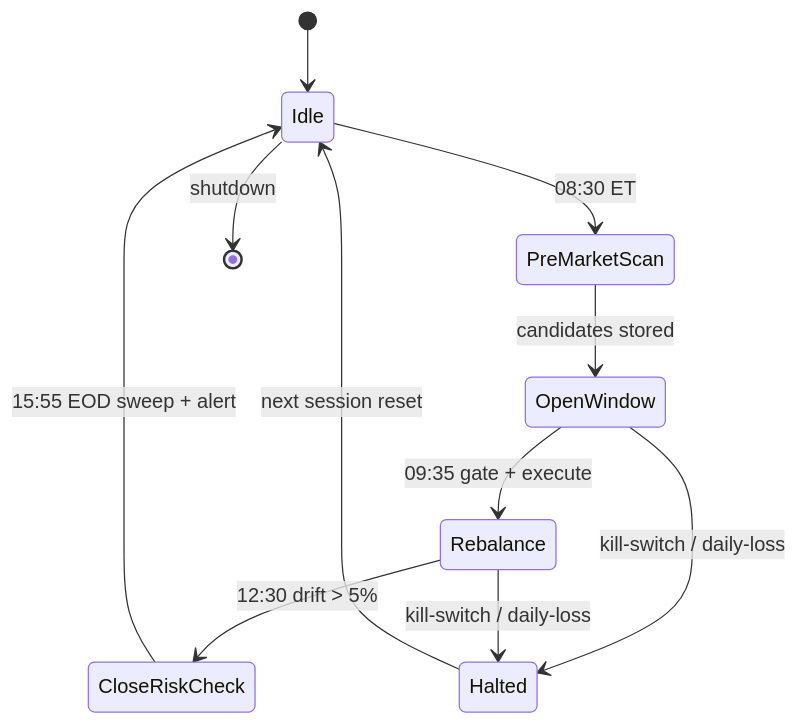
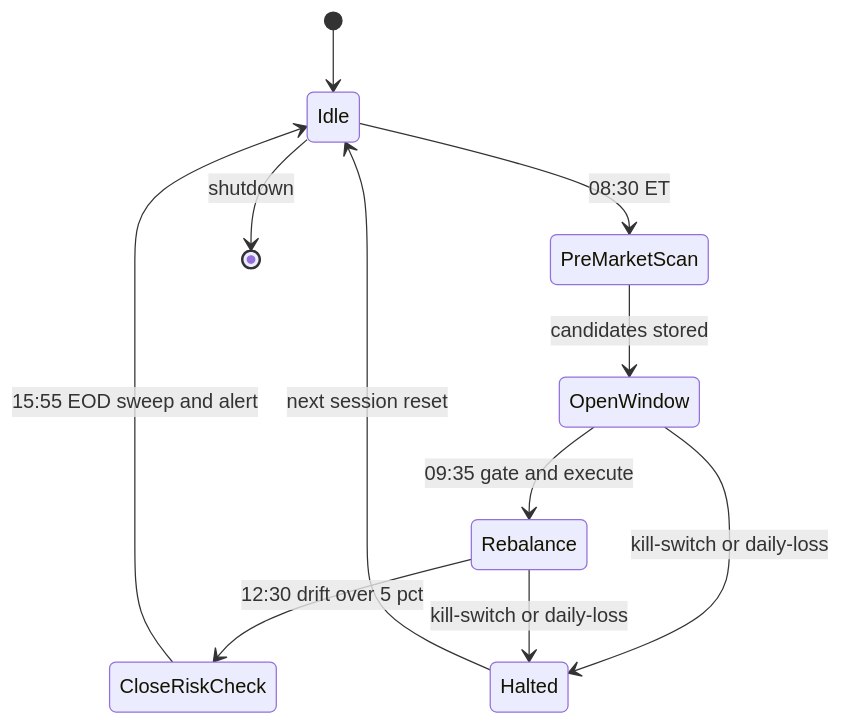
Before and after one commit to gesh75/Gesh-Project: the seventh of 8 diagrams in docs/ARCHITECTURE.md, drawn with Mermaid. The commit also changed other lines of this file and 1 other file, not shown here.

Commit message:
docs: harden mermaid diagrams for reliable GitHub rendering

````diff
--- a/docs/ARCHITECTURE.md
+++ b/docs/ARCHITECTURE.md
@@ -271,13 +273,13 @@
 ```mermaid
 stateDiagram-v2
     [*] --> Idle
     Idle --> PreMarketScan: 08:30 ET
     PreMarketScan --> OpenWindow: candidates stored
-    OpenWindow --> Rebalance: 09:35 gate + execute
-    Rebalance --> CloseRiskCheck: 12:30 drift > 5%
-    CloseRiskCheck --> Idle: 15:55 EOD sweep + alert
-    OpenWindow --> Halted: kill-switch / daily-loss
-    Rebalance --> Halted: kill-switch / daily-loss
+    OpenWindow --> Rebalance: 09:35 gate and execute
+    Rebalance --> CloseRiskCheck: 12:30 drift over 5 pct
+    CloseRiskCheck --> Idle: 15:55 EOD sweep and alert
+    OpenWindow --> Halted: kill-switch or daily-loss
+    Rebalance --> Halted: kill-switch or daily-loss
     Halted --> Idle: next session reset
     Idle --> [*]: shutdown
 ```
````
